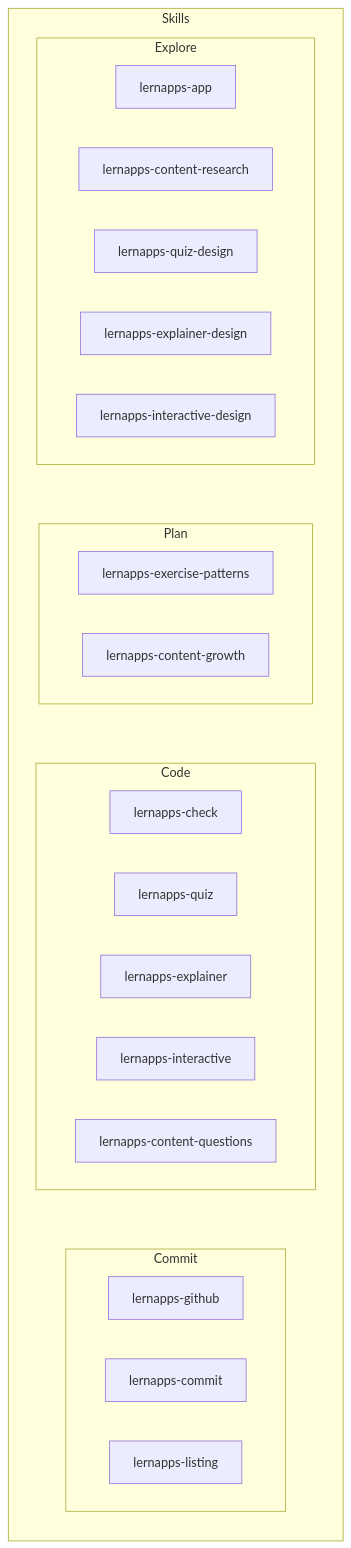
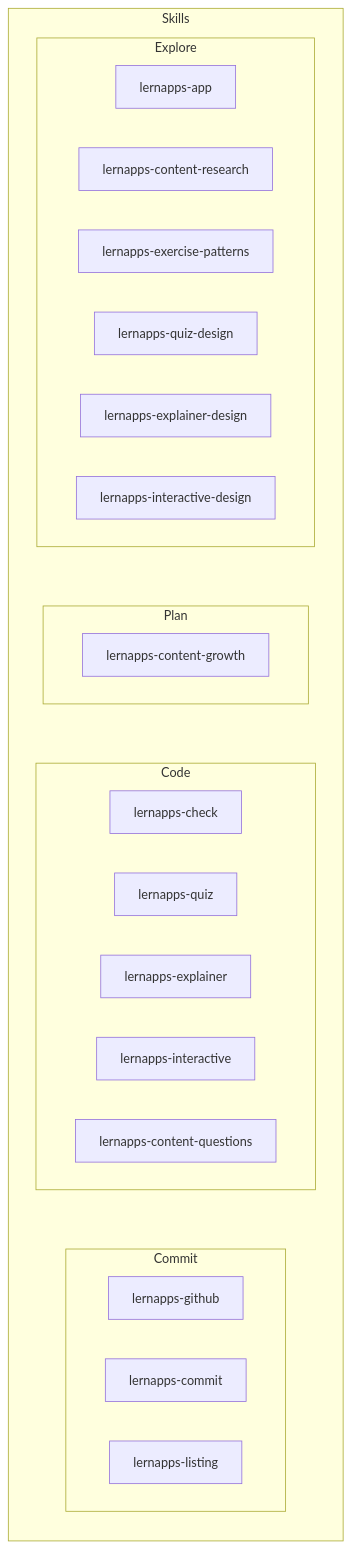
The third of 3 diagrams in docs/arc42/05-building-blocks.arc42.md (lernapps/tooling), drawn with Mermaid before and after one commit. The commit also changed other lines of this file and 10 other files, not shown here.

````diff
--- a/docs/arc42/05-building-blocks.arc42.md
+++ b/docs/arc42/05-building-blocks.arc42.md
@@ -111,29 +111,29 @@
 ```mermaid
 flowchart LR
     subgraph bb-skills["Skills"]
         subgraph bb-skills-explore["Explore"]
             bb-skill-app["lernapps-app"]
             bb-skill-content-research["lernapps-content-research"]
+            bb-skill-exercise-patterns["lernapps-exercise-patterns"]
             bb-skill-quiz-design["lernapps-quiz-design"]
             bb-skill-explainer-design["lernapps-explainer-design"]
             bb-skill-interactive-design["lernapps-interactive-design"]
         end
         subgraph bb-skills-plan["Plan"]
-            bb-skill-exercise-patterns["lernapps-exercise-patterns"]
             bb-skill-content-growth["lernapps-content-growth"]
         end
         subgraph bb-skills-code["Code"]
             bb-skill-check["lernapps-check"]
             bb-skill-quiz["lernapps-quiz"]
             bb-skill-explainer["lernapps-explainer"]
             bb-skill-interactive["lernapps-interactive"]
             bb-skill-content-questions["lernapps-content-questions"]
         end
         subgraph bb-skills-commit["Commit"]
             bb-skill-github["lernapps-github"]
             bb-skill-commit["lernapps-commit"]
             bb-skill-listing["lernapps-listing"]
         end
         bb-skills-explore ~~~ bb-skills-plan ~~~ bb-skills-code ~~~ bb-skills-commit
     end
 ```
````
